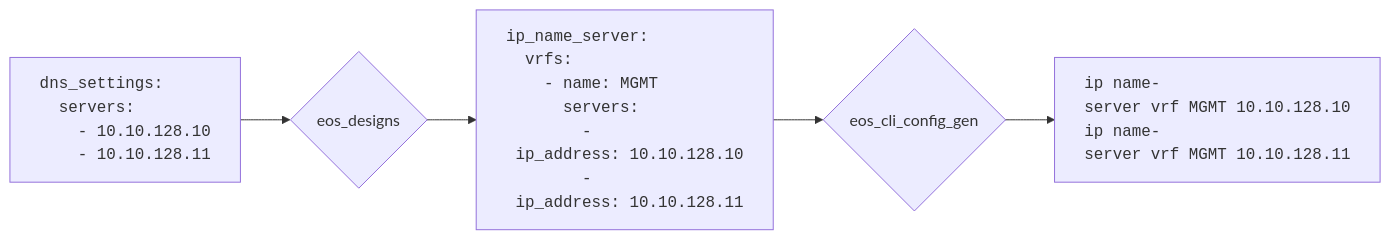
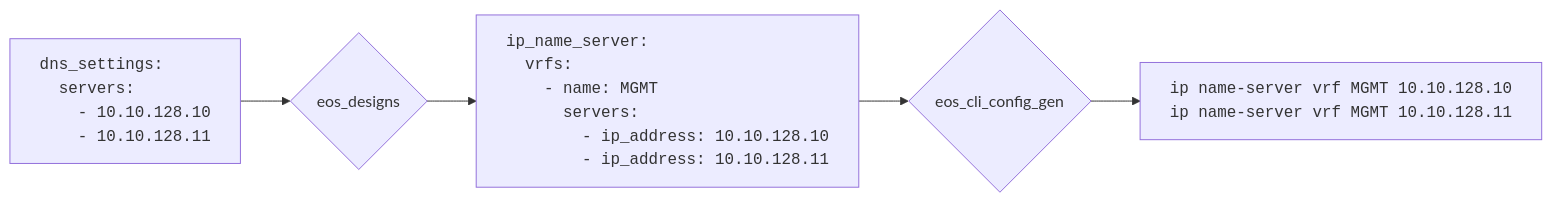
Before and after one commit to aristanetworks/avd: the fourth of 8 diagrams in docs/getting-started/ansible-usage-patterns.md, drawn with Mermaid. The commit also changed other lines of this file, not shown here.

Commit message:
Doc: disable word wrap in mermaid graphs

````diff
--- a/docs/getting-started/ansible-usage-patterns.md
+++ b/docs/getting-started/ansible-usage-patterns.md
@@ -105,11 +118,12 @@
 ```mermaid
+%%{init: {'flowchart': {'wrappingWidth': 9999}}}%%
 graph LR
     A["dns_settings:<br/>&nbsp;&nbsp;servers:<br/>&nbsp;&nbsp;&nbsp;&nbsp;-&nbsp;10.10.128.10<br/>&nbsp;&nbsp;&nbsp;&nbsp;-&nbsp;10.10.128.11"] --> B{eos_designs}
     B --> C["ip_name_server:<br/>&nbsp;&nbsp;vrfs:<br/>&nbsp;&nbsp;&nbsp;&nbsp;-&nbsp;name:&nbsp;MGMT<br/>&nbsp;&nbsp;&nbsp;&nbsp;&nbsp;&nbsp;servers:<br/>&nbsp;&nbsp;&nbsp;&nbsp;&nbsp;&nbsp;&nbsp;&nbsp;-&nbsp;ip_address:&nbsp;10.10.128.10<br/>&nbsp;&nbsp;&nbsp;&nbsp;&nbsp;&nbsp;&nbsp;&nbsp;-&nbsp;ip_address:&nbsp;10.10.128.11"]
     C --> D{eos_cli_config_gen}
     D --> E["ip&nbsp;name-server&nbsp;vrf&nbsp;MGMT&nbsp;10.10.128.10<br/>ip&nbsp;name-server&nbsp;vrf&nbsp;MGMT&nbsp;10.10.128.11"]
 
     style A text-align:left,font-family:monospace
     style C text-align:left,font-family:monospace
     style E text-align:left,font-family:monospace
 ```
````
